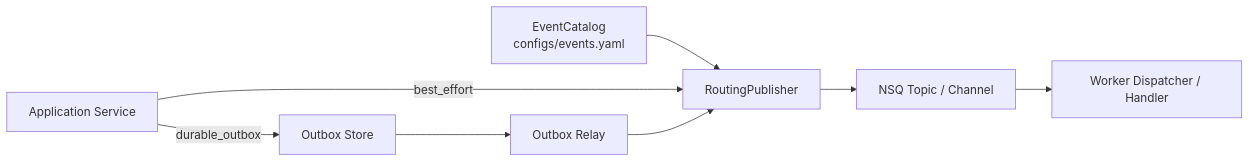
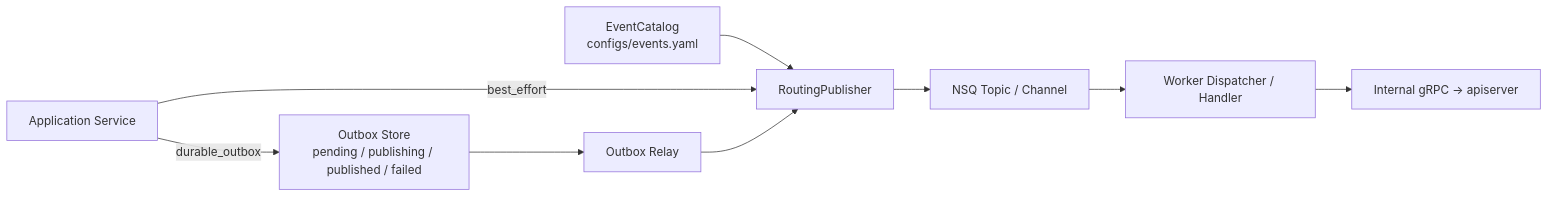
One commit to FangcunMount/qs-server changed the seventh of 13 diagrams in docs/06-宣讲/10-架构图素材索引.md. Above: the diagram before and after it, drawn with Mermaid. The commit also changed other lines of this file and 25 other files, not shown here.

````diff
--- a/docs/06-宣讲/10-架构图素材索引.md
+++ b/docs/06-宣讲/10-架构图素材索引.md
@@ -372,15 +546,16 @@
 ```mermaid
 flowchart LR
     App["Application Service"]
     Catalog["EventCatalog<br/>configs/events.yaml"]
     Publisher["RoutingPublisher"]
-    Outbox["Outbox Store"]
+    Outbox["Outbox Store<br/>pending / publishing / published / failed"]
     Relay["Outbox Relay"]
-    NSQ["NSQ Topic / Channel"]
+    MQ["NSQ Topic / Channel"]
     Worker["Worker Dispatcher / Handler"]
+    API["Internal gRPC -> apiserver"]
 
     Catalog --> Publisher
     App -->|best_effort| Publisher
     App -->|durable_outbox| Outbox --> Relay --> Publisher
-    Publisher --> NSQ --> Worker
+    Publisher --> MQ --> Worker --> API
 ```
````
